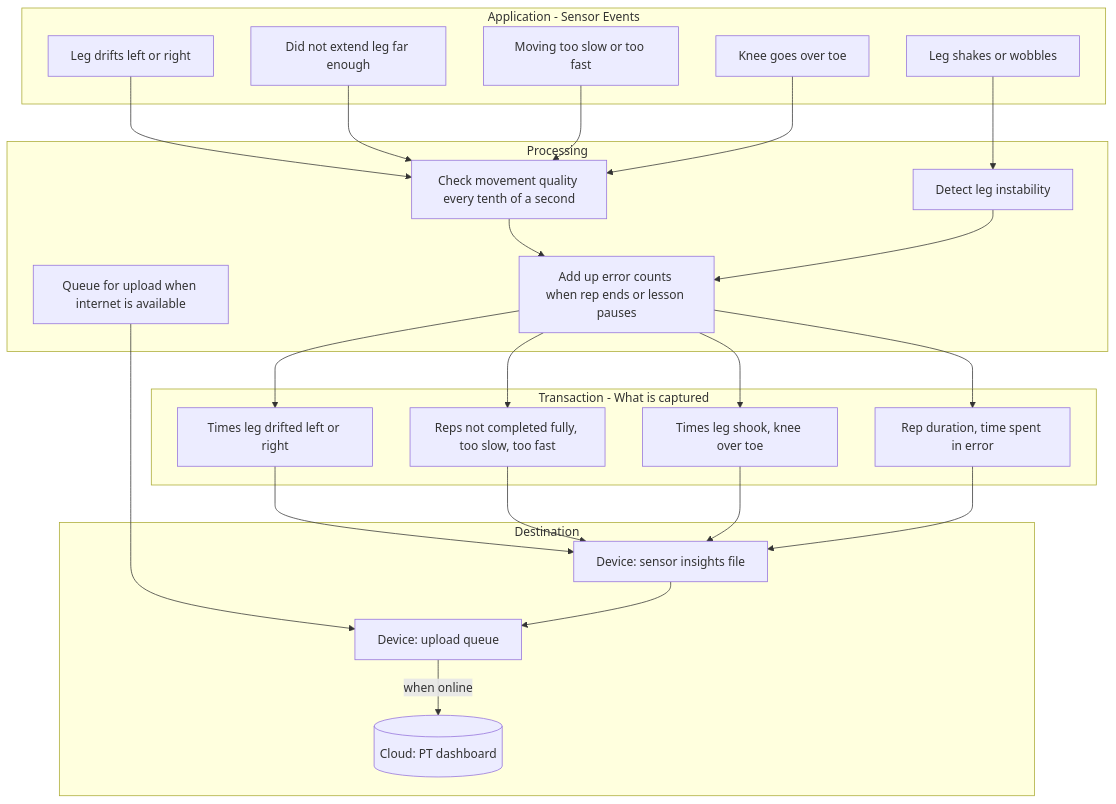
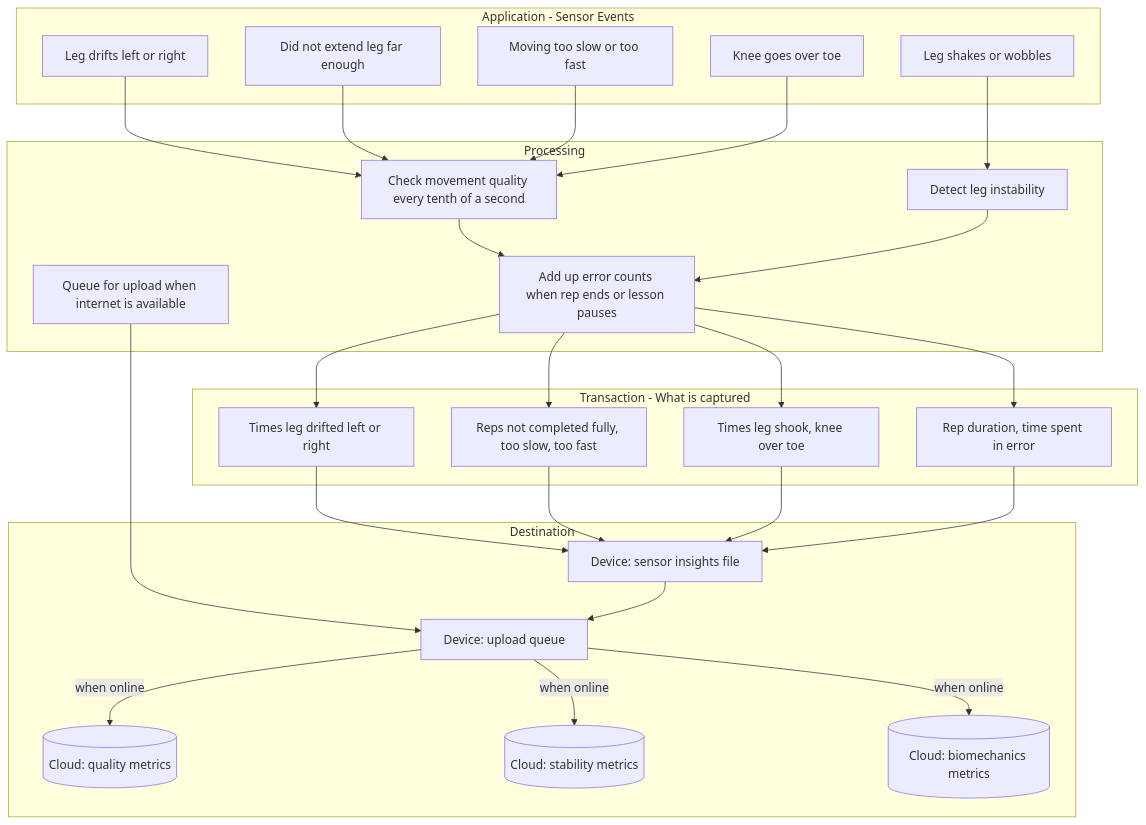
Before and after one commit to seanja5/realrehab-mvp: the fifth of 5 diagrams in docs/DATA_FLOW.md, drawn with Mermaid. The commit also changed 1 other file, not shown here.

Commit message:
Align Slide 17 and Bucket G diagrams, add three cloud tables to both

````diff
--- a/docs/DATA_FLOW.md
+++ b/docs/DATA_FLOW.md
@@ -316,49 +316,53 @@
 ```mermaid
 flowchart TB
     subgraph appG [Application - Sensor Events]
         AG1[Leg drifts left or right]
         AG2[Did not extend leg far enough]
         AG3[Moving too slow or too fast]
         AG4[Leg shakes or wobbles]
         AG5[Knee goes over toe]
     end
 
     subgraph procG [Processing]
         PG1[Check movement quality every tenth of a second]
         PG2[Detect leg instability]
         PG3[Add up error counts when rep ends or lesson pauses]
         PG4[Queue for upload when internet is available]
     end
 
     subgraph txG [Transaction - What is captured]
         TG1[Times leg drifted left or right]
         TG2[Reps not completed fully, too slow, too fast]
         TG3[Times leg shook, knee over toe]
         TG4[Rep duration, time spent in error]
     end
 
     subgraph destG [Destination]
         DG1[Device: sensor insights file]
         DG2[Device: upload queue]
-        DG3[(Cloud: PT dashboard)]
+        DG3[(Cloud: quality metrics)]
+        DG4[(Cloud: stability metrics)]
+        DG5[(Cloud: biomechanics metrics)]
     end
 
     AG1 --> PG1
     AG2 --> PG1
     AG3 --> PG1
     AG4 --> PG2
     AG5 --> PG1
     PG1 --> PG3
     PG2 --> PG3
     PG3 --> TG1
     PG3 --> TG2
     PG3 --> TG3
     PG3 --> TG4
     TG1 --> DG1
     TG2 --> DG1
     TG3 --> DG1
     TG4 --> DG1
     PG4 --> DG2
     DG1 --> DG2
     DG2 -->|when online| DG3
+    DG2 -->|when online| DG4
+    DG2 -->|when online| DG5
 ```
````
